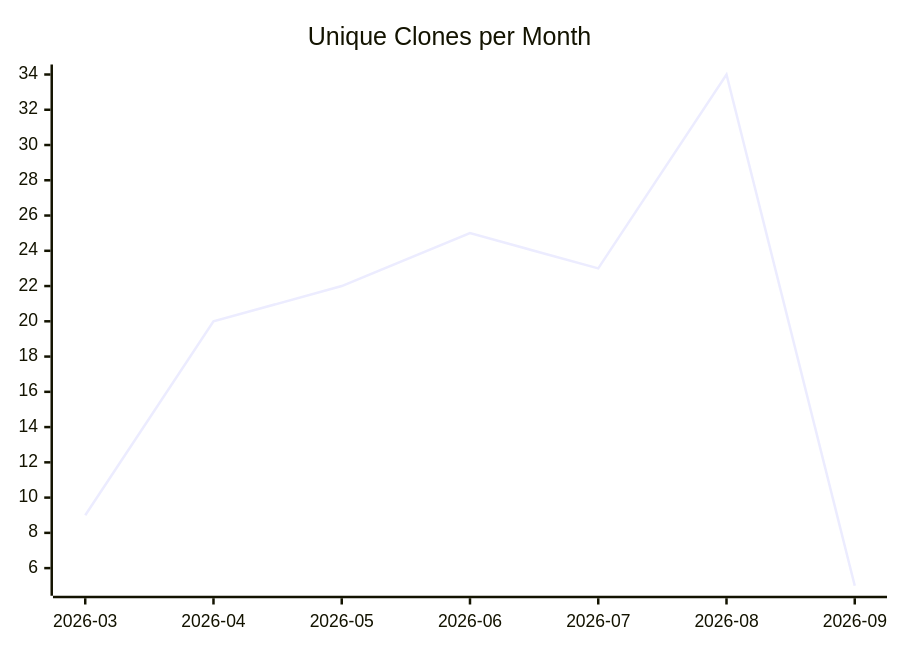
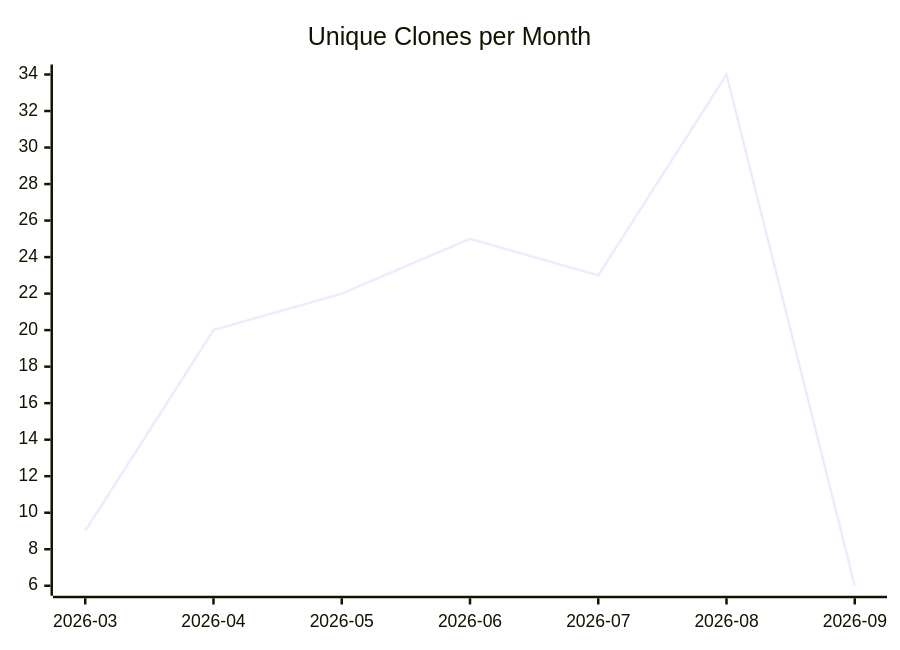
The third of 3 diagrams in karlmdavis/kxml2/README.md (justdavis-family/github-analytics-data), drawn with Mermaid before and after one commit. The commit also changed other lines of this file and 187 other files, not shown here.

````diff
--- a/karlmdavis/kxml2/README.md
+++ b/karlmdavis/kxml2/README.md
@@ -19,6 +19,6 @@
 ```mermaid
 xychart-beta
   title "Unique Clones per Month"
   x-axis ["2026-03", "2026-04", "2026-05", "2026-06", "2026-07", "2026-08", "2026-09"]
-  line [9, 20, 22, 25, 23, 34, 5]
+  line [9, 20, 22, 25, 23, 34, 6]
 ```
````
